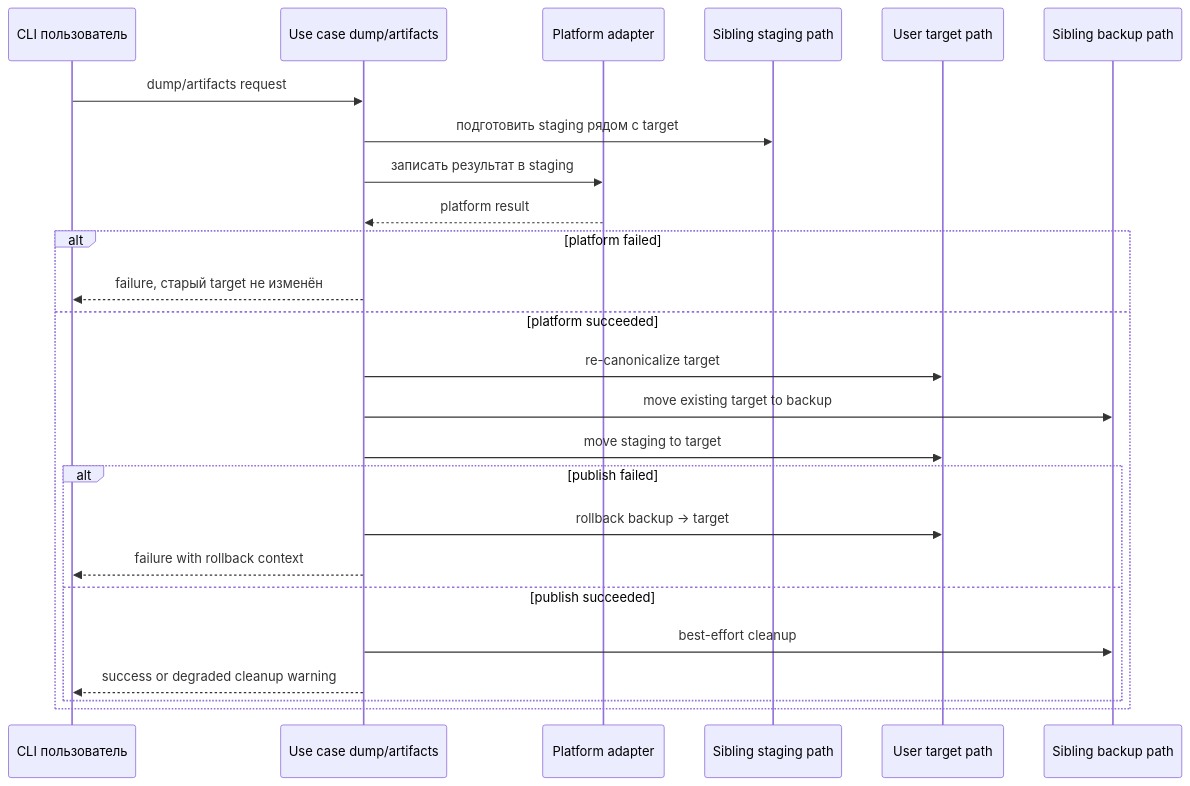
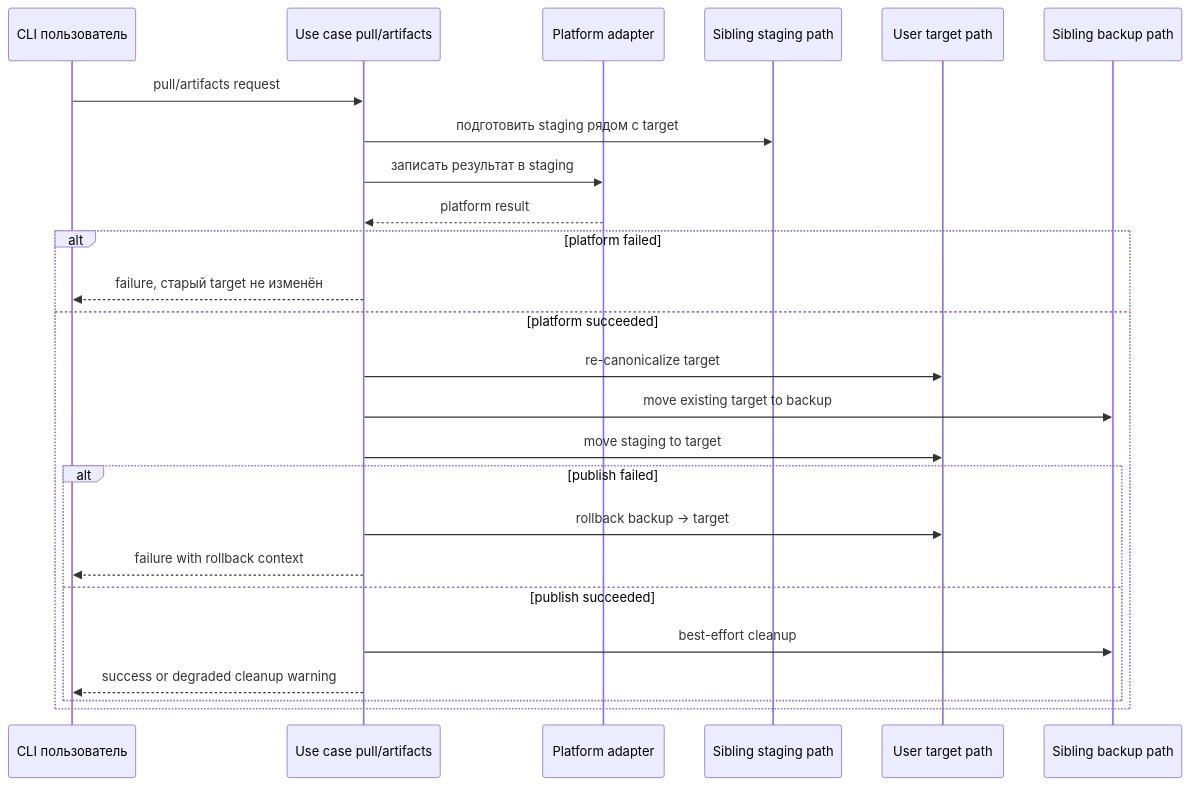
One commit to IngvarConsulting/v8-runner-rust changed the third of 3 diagrams in spec/architecture/arc42/06-runtime-view.md. Above: the diagram before and after it, drawn with Mermaid. The commit also changed other lines of this file and 86 other files, not shown here.

````diff
--- a/spec/architecture/arc42/06-runtime-view.md
+++ b/spec/architecture/arc42/06-runtime-view.md
@@ -107,28 +107,28 @@
 ```mermaid
 sequenceDiagram
     participant User as CLI пользователь
-    participant UC as Use case dump/artifacts
+    participant UC as Use case pull/artifacts
     participant PF as Platform adapter
     participant Stage as Sibling staging path
     participant Target as User target path
     participant Backup as Sibling backup path
 
-    User->>UC: dump/artifacts request
+    User->>UC: pull/artifacts request
     UC->>Stage: подготовить staging рядом с target
     UC->>PF: записать результат в staging
     PF-->>UC: platform result
     alt platform failed
         UC-->>User: failure, старый target не изменён
     else platform succeeded
         UC->>Target: re-canonicalize target
         UC->>Backup: move existing target to backup
         UC->>Target: move staging to target
         alt publish failed
             UC->>Target: rollback backup -> target
             UC-->>User: failure with rollback context
         else publish succeeded
             UC->>Backup: best-effort cleanup
             UC-->>User: success or degraded cleanup warning
         end
     end
 ```
````
